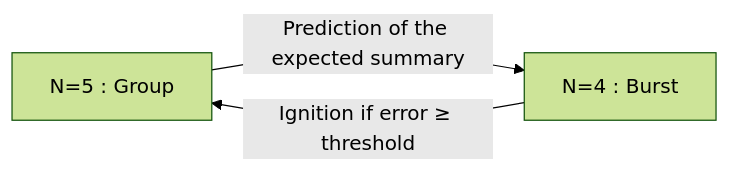
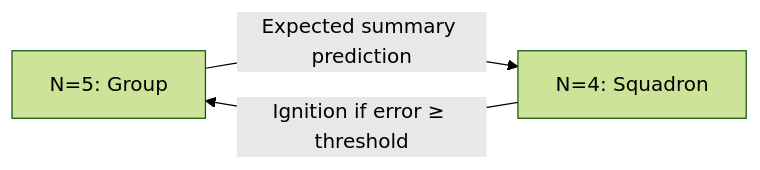
The second of 9 diagrams in architecture/architecture.md (AlainCo/GNWT-Garrigue-X-en), drawn with Mermaid (forest theme) before and after one commit. The commit also changed other lines of this file and 10 other files, not shown here.

````diff
--- a/architecture/architecture.md
+++ b/architecture/architecture.md
@@ -25,5 +24,5 @@
 ```mermaid
 flowchart LR
-    N5["N=5 : Group"] -->|"Prediction of the expected summary"| N4["N=4 : Burst"]
+    N5["N=5: Group"] -->|"Expected summary prediction"| N4["N=4: Squadron"]
     N4 -->|"Ignition if error ≥ threshold"| N5
 ```
````
